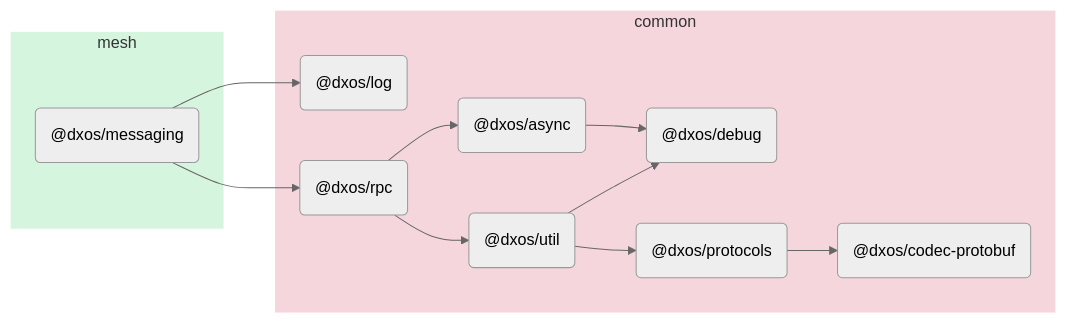
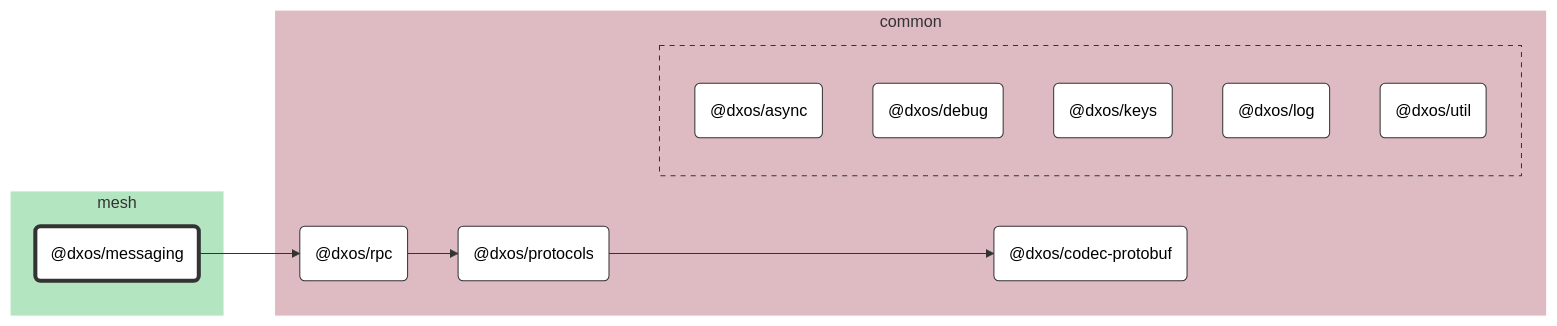
Before and after one commit to dxos/dxos: the diagram in packages/mesh/messaging/docs/README.md, drawn with Mermaid (neutral theme). The commit also changed other lines of this file and 89 other files, not shown here.

````diff
--- a/packages/mesh/messaging/docs/README.md
+++ b/packages/mesh/messaging/docs/README.md
@@ -5,28 +7,62 @@
 ```mermaid
-flowchart LR;
+%%{ init: {'flowchart':{'curve':'basis'}} }%%
 
+flowchart LR
+
+%% Links
+dxos/messaging --> dxos/rpc;
+dxos/protocols --> dxos/codec-protobuf;
+dxos/rpc --> dxos/protocols;
+
+%% Sections
 subgraph mesh
-  style mesh fill:#d6f5de,stroke:#fff;
-  dxos/messaging("@dxos/messaging");
+  style mesh fill:#b3e6c0,stroke:#fff;
+
+  dxos/messaging("@dxos/messaging")
 end
 
 subgraph common
-  style common fill:#f5d6dd,stroke:#fff;
-  dxos/async("@dxos/async");
-  dxos/debug("@dxos/debug");
-  dxos/codec-protobuf("@dxos/codec-protobuf");
-  dxos/log("@dxos/log");
-  dxos/protocols("@dxos/protocols");
-  dxos/rpc("@dxos/rpc");
-  dxos/util("@dxos/util");
+  style common fill:#debac2,stroke:#fff;
+
+  dxos/codec-protobuf("@dxos/codec-protobuf")
+  dxos/protocols("@dxos/protocols")
+  dxos/rpc("@dxos/rpc")
+
+  subgraph common-excluded [ ]
+    style common-excluded fill:#debac2,stroke:#333,stroke-dasharray:5 5;
+
+    dxos/async("@dxos/async")
+    dxos/debug("@dxos/debug")
+    dxos/keys("@dxos/keys")
+    dxos/log("@dxos/log")
+    dxos/util("@dxos/util")
+  end
 end
 
-dxos/async --> dxos/debug;
-dxos/messaging --> dxos/log;
-dxos/protocols --> dxos/codec-protobuf;
-dxos/messaging --> dxos/rpc;
-dxos/rpc --> dxos/async;
-dxos/rpc --> dxos/util;
-dxos/util --> dxos/debug;
-dxos/util --> dxos/protocols;
+
+%% Hyperlinks
+click dxos/async "dxos/dxos/tree/main/packages/common/async/docs";
+click dxos/codec-protobuf "dxos/dxos/tree/main/packages/common/codec-protobuf/docs";
+click dxos/debug "dxos/dxos/tree/main/packages/common/debug/docs";
+click dxos/keys "dxos/dxos/tree/main/packages/common/keys/docs";
+click dxos/log "dxos/dxos/tree/main/packages/common/log/docs";
+click dxos/protocols "dxos/dxos/tree/main/packages/common/protocols/docs";
+click dxos/rpc "dxos/dxos/tree/main/packages/common/rpc/docs";
+click dxos/util "dxos/dxos/tree/main/packages/common/util/docs";
+
+%% Styles
+classDef rootNode fill:#fff,stroke:#333,stroke-width:4px
+classDef defaultNode fill:#fff,stroke:#333,stroke-width:1px
+linkStyle default stroke:#333,stroke-width:1px
+
+dxos/messaging:::rootNode
+
+dxos/async:::defaultNode
+dxos/codec-protobuf:::defaultNode
+dxos/debug:::defaultNode
+dxos/keys:::defaultNode
+dxos/log:::defaultNode
+dxos/protocols:::defaultNode
+dxos/rpc:::defaultNode
+dxos/util:::defaultNode
 ```
````
